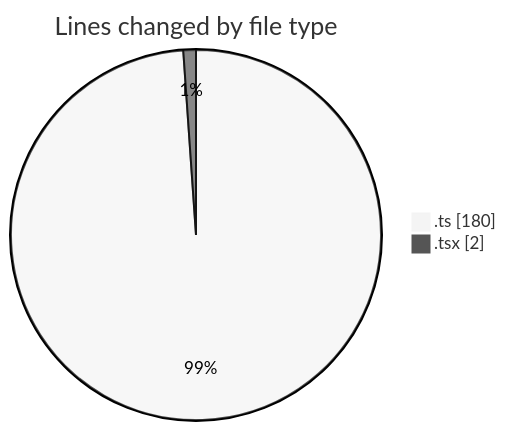
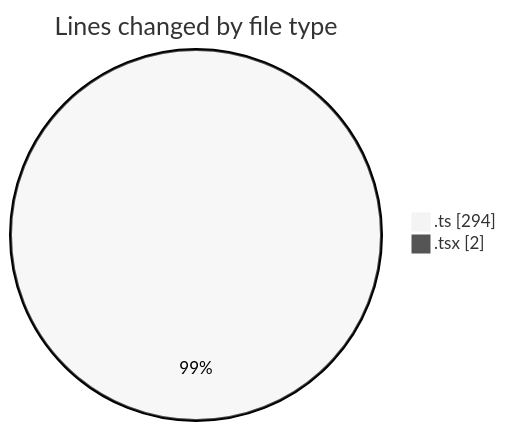
One commit to momahboobian/code-tracking changed the first of 2 diagrams in 2026-09-09/cda/README.md. Above: the diagram before and after it, drawn with Mermaid (neutral theme). The commit also changed other lines of this file and 1 other file, not shown here.

````diff
--- a/2026-09-09/cda/README.md
+++ b/2026-09-09/cda/README.md
@@ -22,6 +23,6 @@
 ```mermaid
 pie showData
 title Lines changed by file type
-".ts" : 180
+".ts" : 294
 ".tsx" : 2
 ```
````
